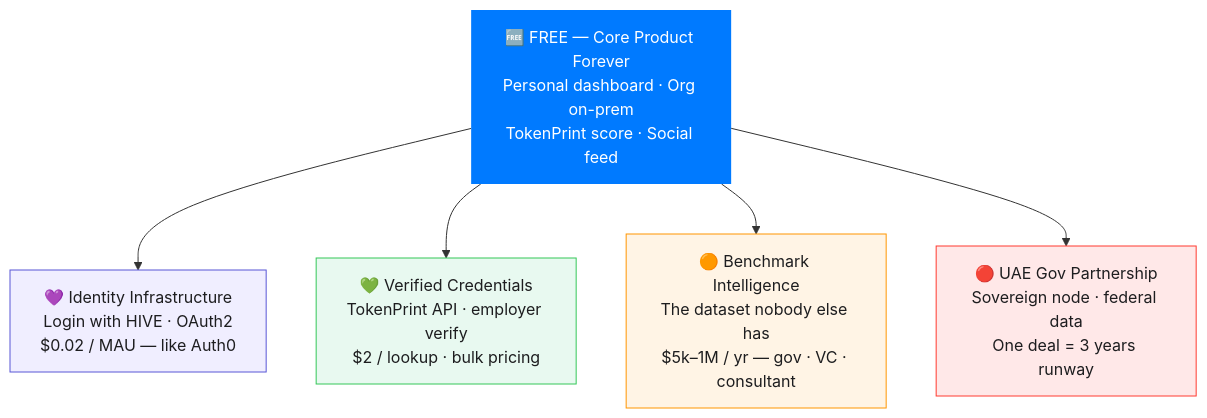
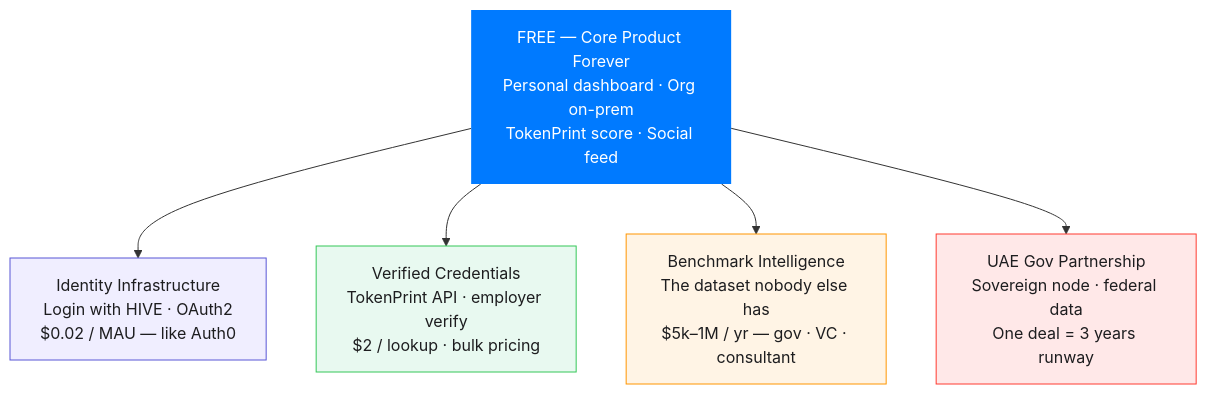
One commit to vishalm/hivehq changed the sixth of 9 diagrams in README.md. Above: the diagram before and after it, drawn with Mermaid. The commit also changed other lines of this file and 6 other files, not shown here.

````diff
--- a/README.md
+++ b/README.md
@@ -261,15 +261,15 @@
 ```mermaid
 graph TD
-    FREE["🆓 FREE — Core Product Forever\nPersonal dashboard · Org on-prem\nTokenPrint score · Social feed"]
+    FREE["FREE — Core Product Forever\nPersonal dashboard · Org on-prem\nTokenPrint score · Social feed"]
 
-    FREE --> S1["💜 Identity Infrastructure\nLogin with HIVE · OAuth2\n$0.02 / MAU — like Auth0"]
-    FREE --> S2["💚 Verified Credentials\nTokenPrint API · employer verify\n$2 / lookup · bulk pricing"]
-    FREE --> S3["🟠 Benchmark Intelligence\nThe dataset nobody else has\n$5k–1M / yr — gov · VC · consultant"]
-    FREE --> S4["🔴 UAE Gov Partnership\nSovereign node · federal data\nOne deal = 3 years runway"]
+    FREE --> S1["Identity Infrastructure\nLogin with HIVE · OAuth2\n$0.02 / MAU — like Auth0"]
+    FREE --> S2["Verified Credentials\nTokenPrint API · employer verify\n$2 / lookup · bulk pricing"]
+    FREE --> S3["Benchmark Intelligence\nThe dataset nobody else has\n$5k–1M / yr — gov · VC · consultant"]
+    FREE --> S4["UAE Gov Partnership\nSovereign node · federal data\nOne deal = 3 years runway"]
 
     style FREE fill:#007AFF,color:#fff,stroke:none
     style S1 fill:#F0EEFF,stroke:#5856D6,color:#1D1D1F
     style S2 fill:#E8F9F0,stroke:#34C759,color:#1D1D1F
     style S3 fill:#FFF4E5,stroke:#FF9500,color:#1D1D1F
     style S4 fill:#FFE8E8,stroke:#FF3B30,color:#1D1D1F
 ```
````
